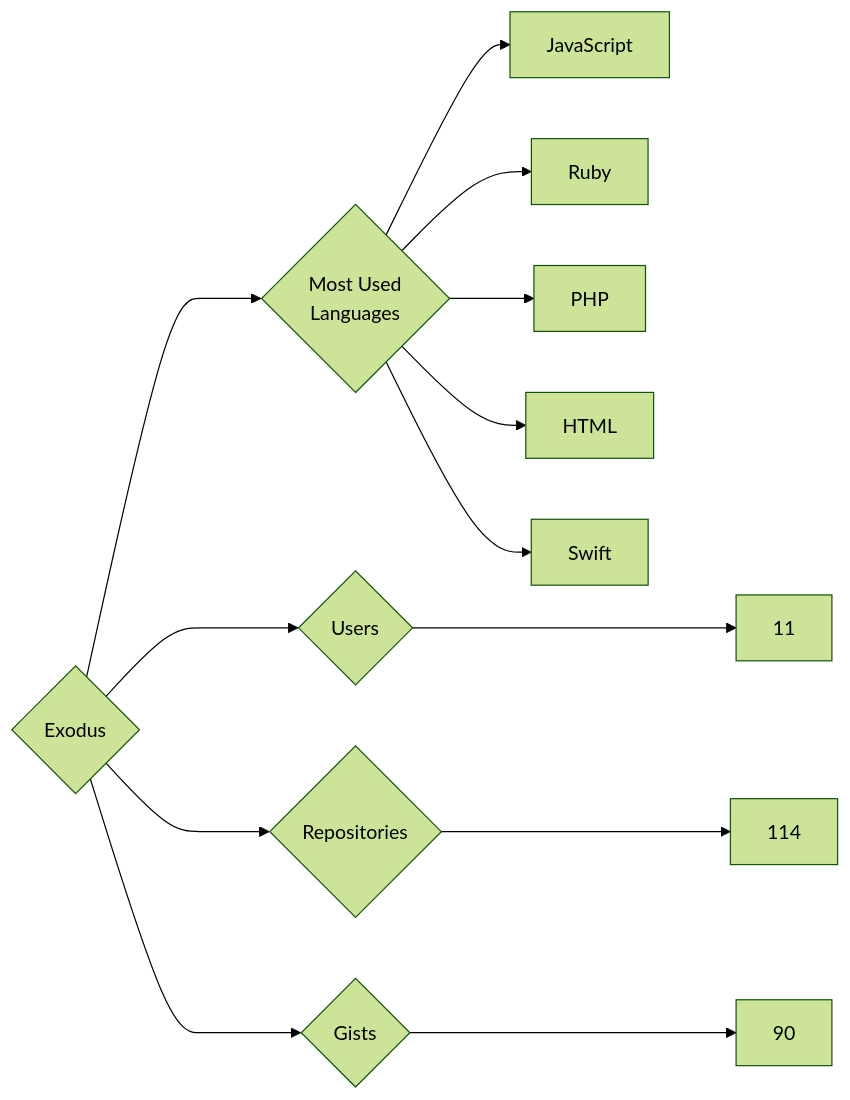
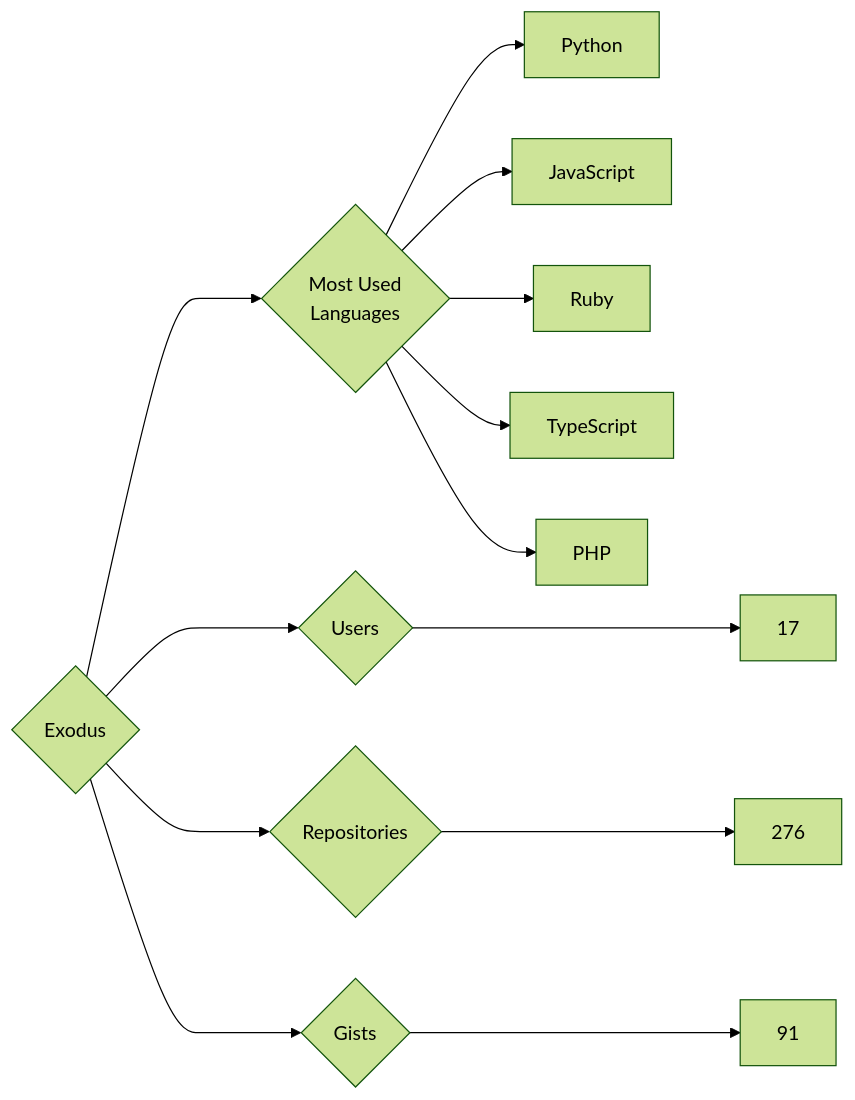
Before and after one commit to trickest/insiders: the diagram in targets/Exodus/README.md, drawn with Mermaid (forest theme). The commit also changed 682 other files, not shown here.

````diff
--- a/targets/Exodus/README.md
+++ b/targets/Exodus/README.md
@@ -3,13 +3,13 @@
 ```mermaid
 graph LR
 COMPANY_NAME{Exodus}
-COMPANY_NAME ---> U{Users} ---> UN[11]
-COMPANY_NAME ---> R{Repositories} ---> RN[114]
-COMPANY_NAME ---> G{Gists} ---> GN[90]
+COMPANY_NAME ---> U{Users} ---> UN[17]
+COMPANY_NAME ---> R{Repositories} ---> RN[276]
+COMPANY_NAME ---> G{Gists} ---> GN[91]
 COMPANY_NAME ---> ML{Most Used<br>Languages}
+ML --> Python[Python]
 ML --> JavaScript[JavaScript]
 ML --> Ruby[Ruby]
+ML --> TypeScript[TypeScript]
 ML --> PHP[PHP]
-ML --> HTML[HTML]
-ML --> Swift[Swift]
 ```
````
